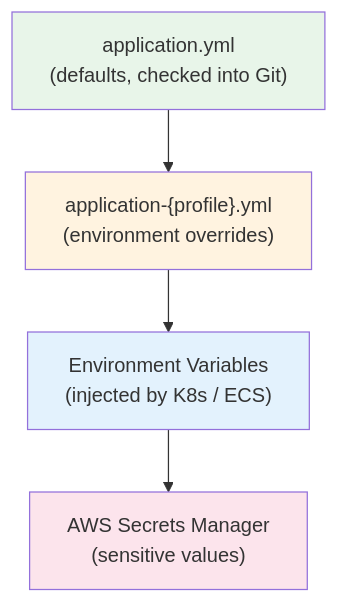
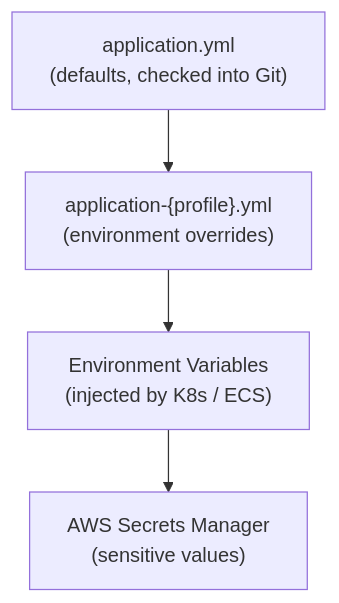
The first of 4 diagrams in 03-engineering-practices/09-spring-boot-standards.md (rishikeshdhokare/platform-manifesto), drawn with Mermaid before and after one commit. The commit also changed 14 other files, not shown here.

First line of the commit message:
fix: remove mermaid style directives (119 lines across 15 files)

````diff
--- a/03-engineering-practices/09-spring-boot-standards.md
+++ b/03-engineering-practices/09-spring-boot-standards.md
@@ -124,11 +124,7 @@
 ```mermaid
 flowchart TB
     A["application.yml<br/>(defaults, checked into Git)"] --> B["application-{profile}.yml<br/>(environment overrides)"]
     B --> C["Environment Variables<br/>(injected by K8s / ECS)"]
     C --> D["AWS Secrets Manager<br/>(sensitive values)"]
 
-    style A fill:#e8f5e9
-    style B fill:#fff3e0
-    style C fill:#e3f2fd
-    style D fill:#fce4ec
 ```
````
